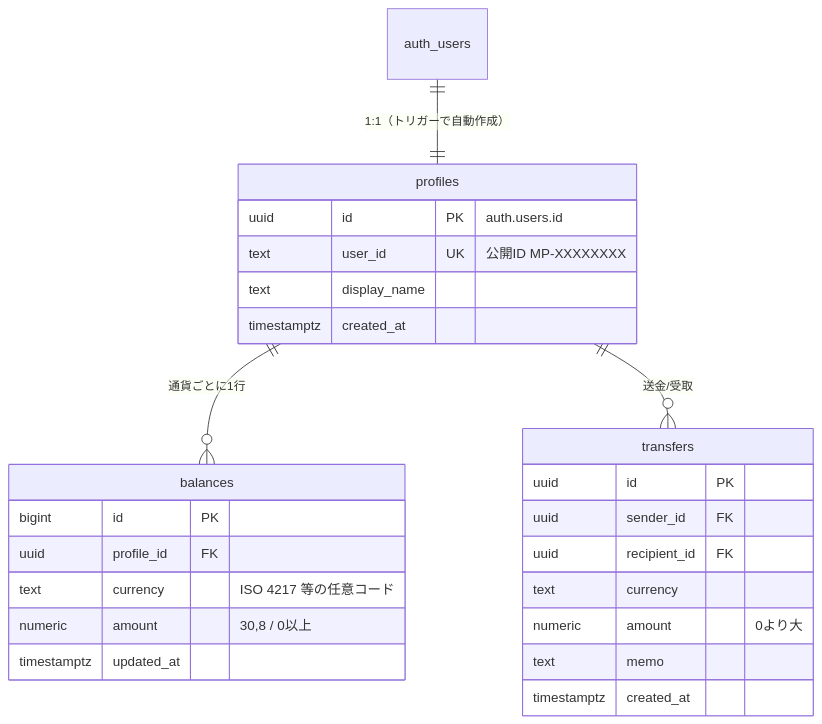
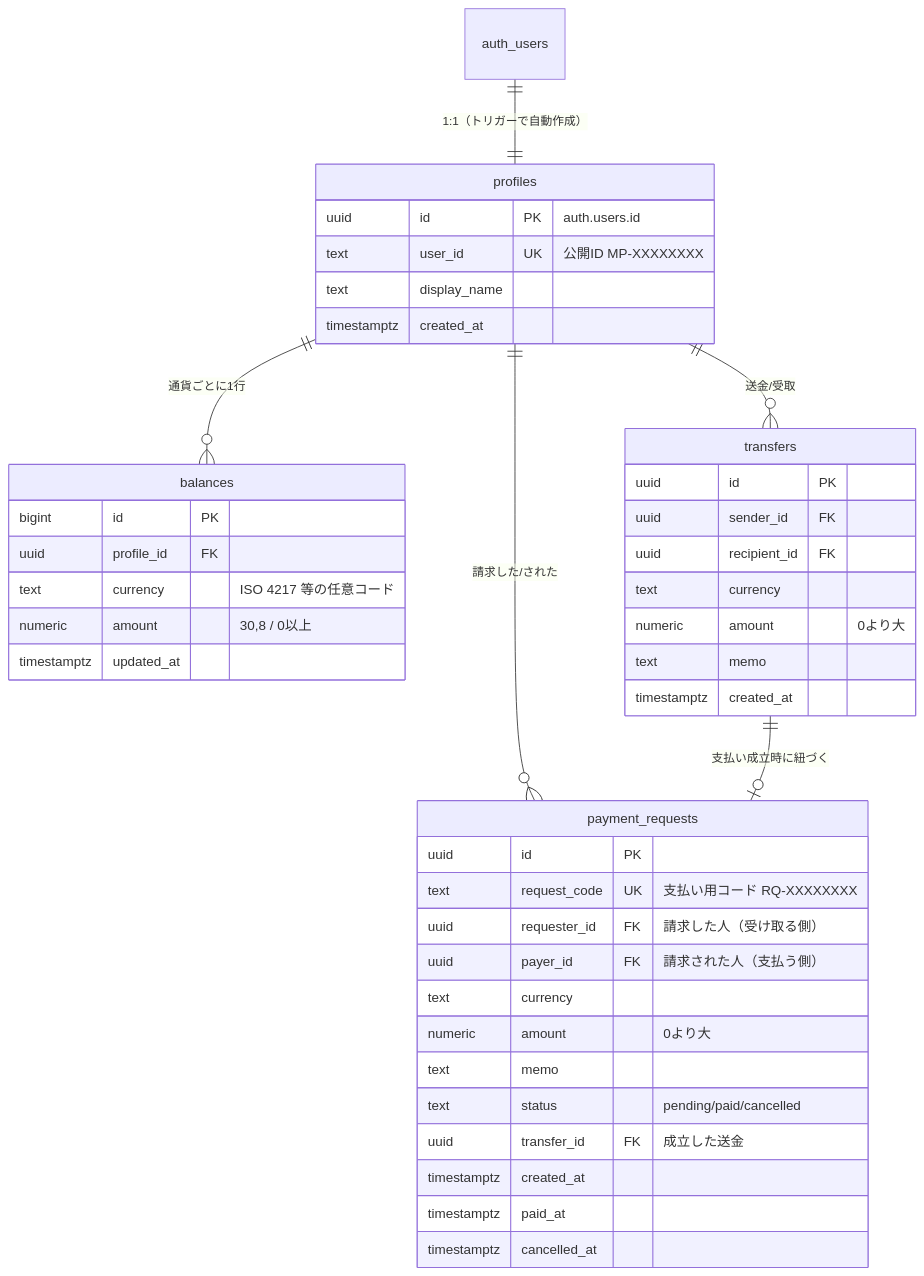
One commit to isojz/megapay changed the second of 4 diagrams in docs/architecture.md. Above: the diagram before and after it, drawn with Mermaid. The commit also changed other lines of this file and 2 other files, not shown here.

````diff
--- a/docs/architecture.md
+++ b/docs/architecture.md
@@ -43,29 +43,45 @@
 ```mermaid
 erDiagram
     auth_users ||--|| profiles : "1:1（トリガーで自動作成）"
     profiles ||--o{ balances : "通貨ごとに1行"
     profiles ||--o{ transfers : "送金/受取"
+    profiles ||--o{ payment_requests : "請求した/された"
+    transfers ||--o| payment_requests : "支払い成立時に紐づく"
 
     profiles {
         uuid id PK "auth.users.id"
         text user_id UK "公開ID MP-XXXXXXXX"
         text display_name
         timestamptz created_at
     }
     balances {
         bigint id PK
         uuid profile_id FK
         text currency "ISO 4217 等の任意コード"
         numeric amount "30,8 / 0以上"
         timestamptz updated_at
     }
     transfers {
         uuid id PK
         uuid sender_id FK
         uuid recipient_id FK
         text currency
         numeric amount "0より大"
         text memo
         timestamptz created_at
     }
+    payment_requests {
+        uuid id PK
+        text request_code UK "支払い用コード RQ-XXXXXXXX"
+        uuid requester_id FK "請求した人（受け取る側）"
+        uuid payer_id FK "請求された人（支払う側）"
+        text currency
+        numeric amount "0より大"
+        text memo
+        text status "pending/paid/cancelled"
+        uuid transfer_id FK "成立した送金"
+        timestamptz created_at
+        timestamptz paid_at
+        timestamptz cancelled_at
+    }
 ```
````
